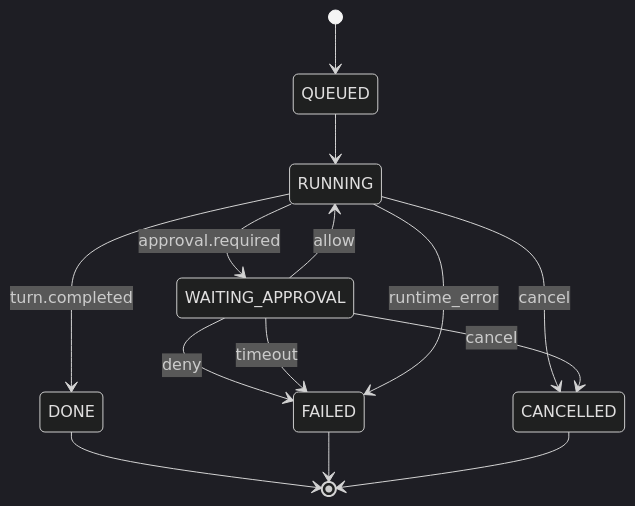
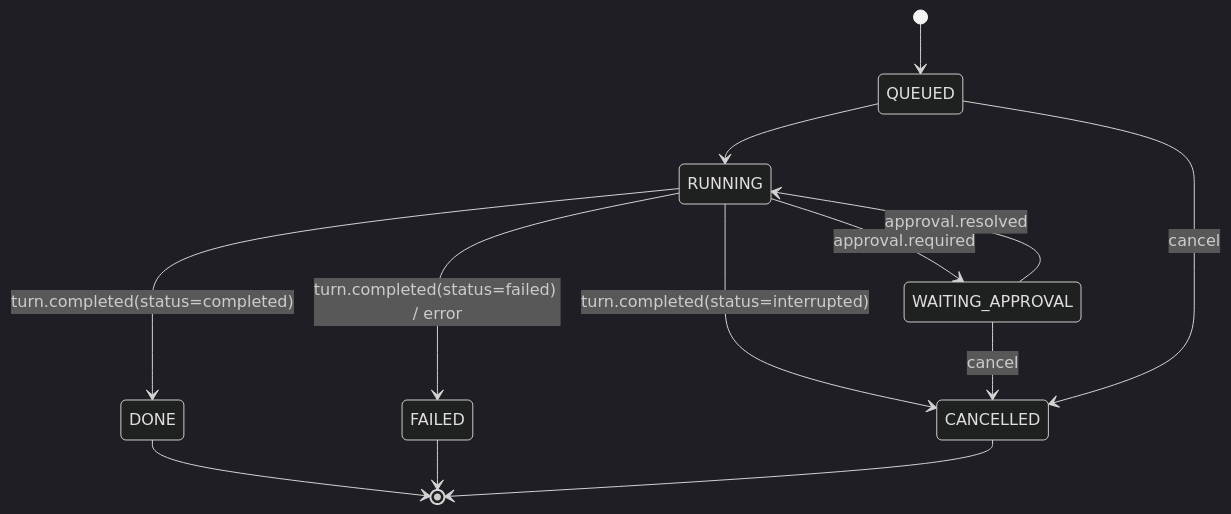
One commit to mjmkk/opencodex changed the second of 3 diagrams in mvp-architecture.md. Above: the diagram before and after it, drawn with Mermaid (dark theme). The commit also changed other lines of this file and 1 other file, not shown here.

````diff
--- a/mvp-architecture.md
+++ b/mvp-architecture.md
@@ -105,16 +234,15 @@
 ```mermaid
 stateDiagram-v2
   [*] --> QUEUED
   QUEUED --> RUNNING
   RUNNING --> WAITING_APPROVAL: approval.required
-  WAITING_APPROVAL --> RUNNING: allow
-  WAITING_APPROVAL --> FAILED: deny
-  WAITING_APPROVAL --> FAILED: timeout
-  RUNNING --> CANCELLED: cancel
+  WAITING_APPROVAL --> RUNNING: approval.resolved
+  RUNNING --> DONE: turn.completed(status=completed)
+  RUNNING --> FAILED: turn.completed(status=failed) / error
+  RUNNING --> CANCELLED: turn.completed(status=interrupted)
   WAITING_APPROVAL --> CANCELLED: cancel
-  RUNNING --> FAILED: runtime_error
-  RUNNING --> DONE: turn.completed
+  QUEUED --> CANCELLED: cancel
   DONE --> [*]
   FAILED --> [*]
   CANCELLED --> [*]
 ```
````
